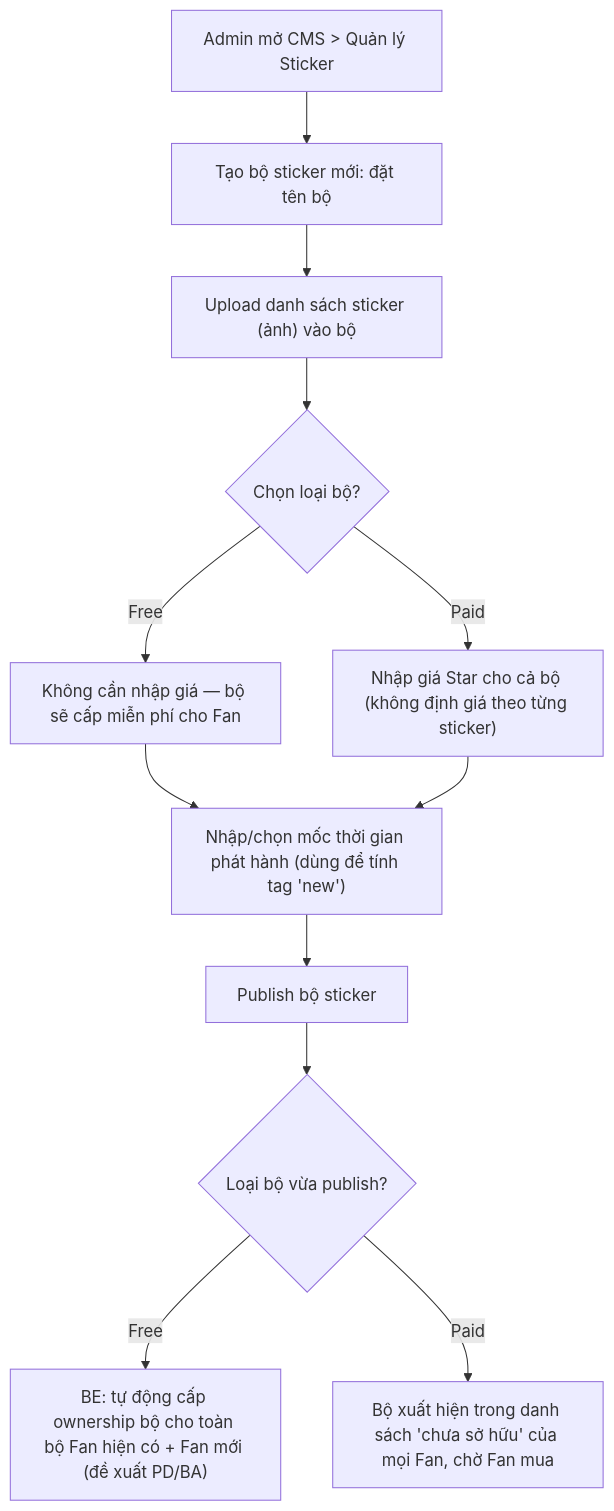
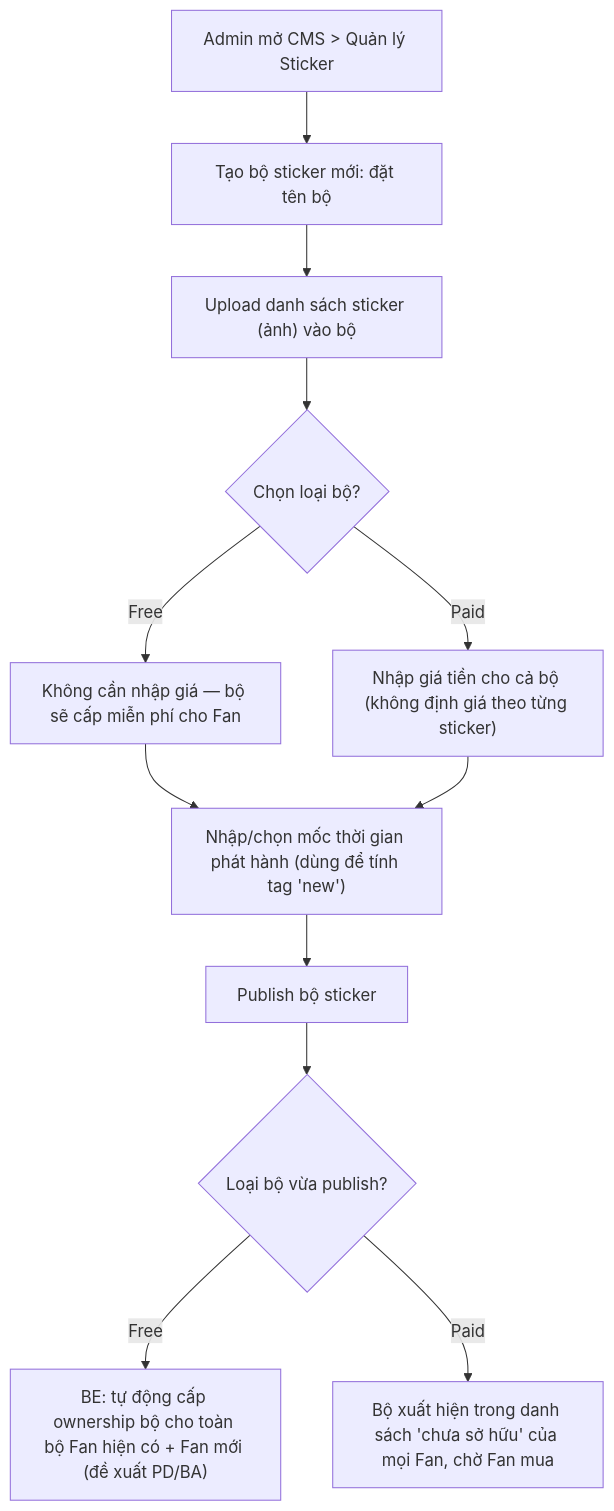
One commit to chrishieu/fana-analysis changed the first of 2 diagrams in FSD_mvp2_Sticker.md. Above: the diagram before and after it, drawn with Mermaid. The commit also changed other lines of this file, not shown here.

Commit message:
Update FSD for MVP2 Sticker feature: clarify payment methods and ownership details for sticker sets, ensuring accurate representation of IAP transactions.

````diff
--- a/FSD_mvp2_Sticker.md
+++ b/FSD_mvp2_Sticker.md
@@ -66,14 +68,14 @@
 ```mermaid
 flowchart TD
     A["Admin mở CMS > Quản lý Sticker"] --> B["Tạo bộ sticker mới: đặt tên bộ"]
     B --> C["Upload danh sách sticker (ảnh) vào bộ"]
     C --> D{"Chọn loại bộ?"}
     D -->|Free| E["Không cần nhập giá — bộ sẽ cấp miễn phí cho Fan"]
-    D -->|Paid| F["Nhập giá Star cho cả bộ (không định giá theo từng sticker)"]
+    D -->|Paid| F["Nhập giá tiền cho cả bộ (không định giá theo từng sticker)"]
     E --> G["Nhập/chọn mốc thời gian phát hành (dùng để tính tag 'new')"]
     F --> G
     G --> H["Publish bộ sticker"]
     H --> I{"Loại bộ vừa publish?"}
     I -->|Free| J["BE: tự động cấp ownership bộ cho toàn bộ Fan hiện có + Fan mới (đề xuất PD/BA)"]
     I -->|Paid| K["Bộ xuất hiện trong danh sách 'chưa sở hữu' của mọi Fan, chờ Fan mua"]
 ```
````
